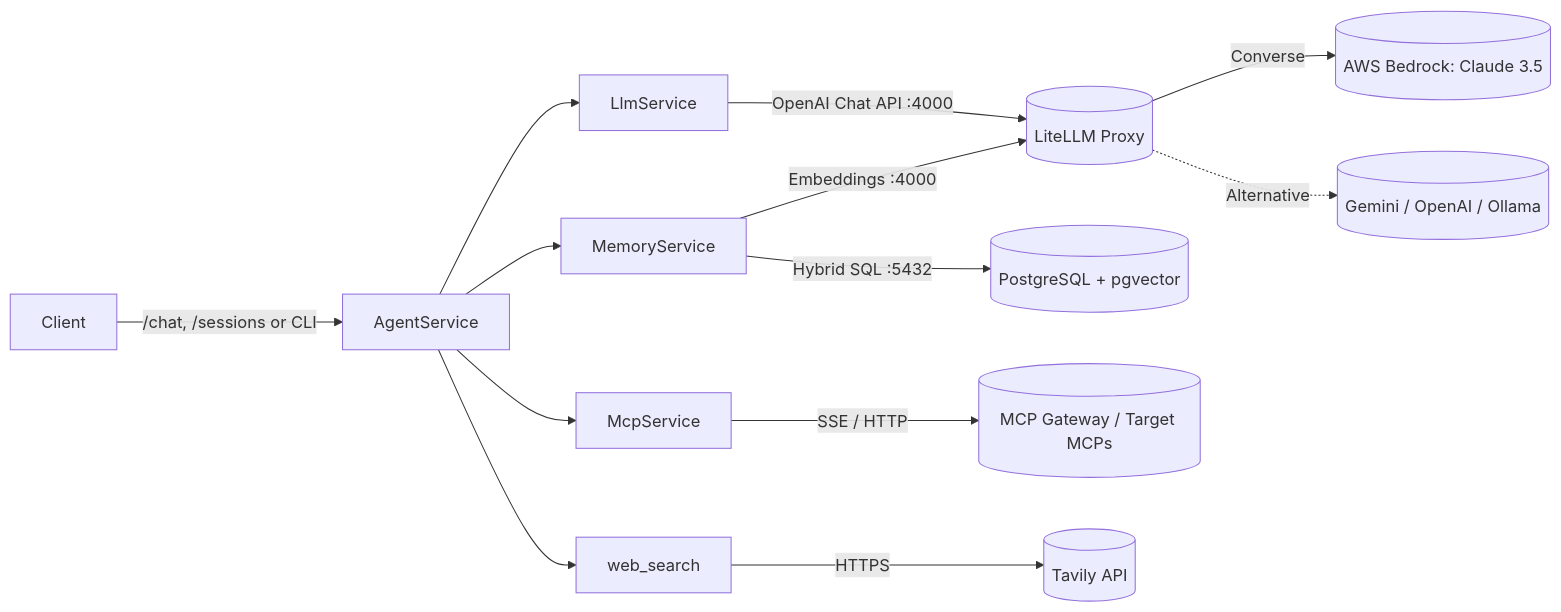
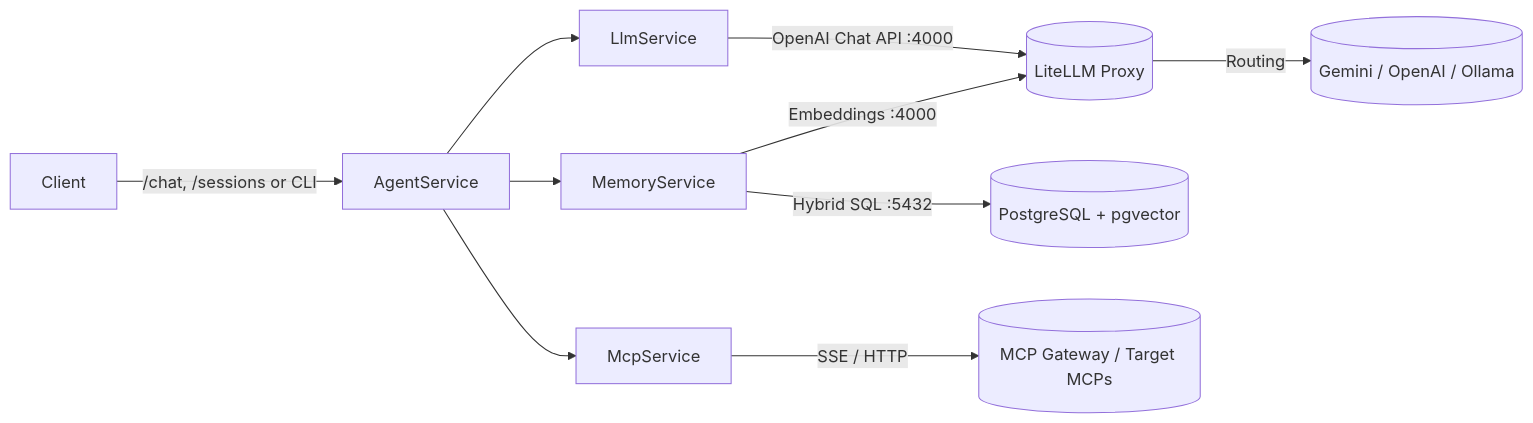
Before and after one commit to shopnexus/agent: the first of 3 diagrams in README.md, drawn with Mermaid. The commit also changed other lines of this file and 5 other files, not shown here.

````diff
--- a/README.md
+++ b/README.md
@@ -37,18 +35,15 @@
 ```mermaid
 flowchart LR
   Client -->|/chat, /sessions or CLI| Agent[AgentService]
   Agent --> Llm[LlmService]
   Agent --> Mem[MemoryService]
   Agent --> Mcp[McpService]
-  Agent --> Web[web_search]
 
   Llm -->|OpenAI Chat API :4000| LiteLLM[(LiteLLM Proxy)]
-  LiteLLM -->|Converse| Bedrock[(AWS Bedrock: Claude 3.5)]
-  LiteLLM -.->|Alternative| OtherLLMs[(Gemini / OpenAI / Ollama)]
+  LiteLLM -->|Routing| Models[(Gemini / OpenAI / Ollama)]
 
   Mem -->|Embeddings :4000| LiteLLM
   Mem -->|Hybrid SQL :5432| Postgres[(PostgreSQL + pgvector)]
 
   Mcp -->|SSE / HTTP| Gateway[(MCP Gateway / Target MCPs)]
-  Web -->|HTTPS| Tavily[(Tavily API)]
 ```
````
